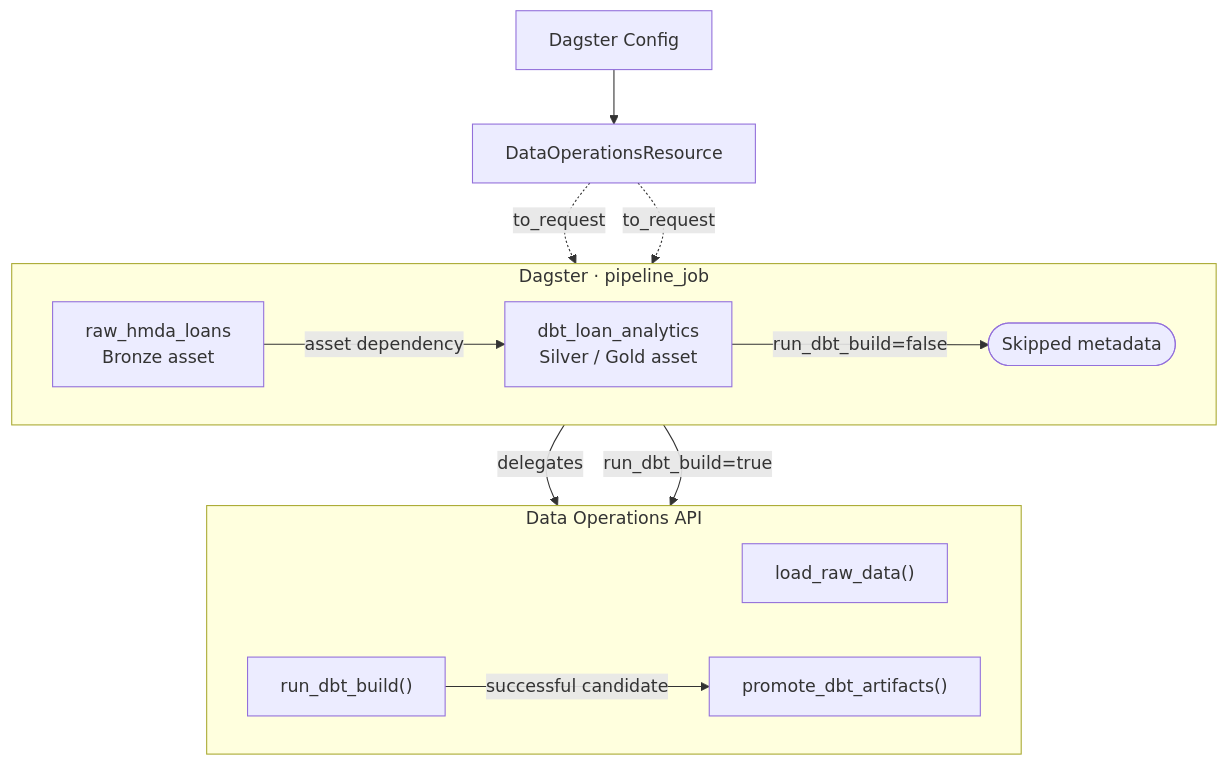
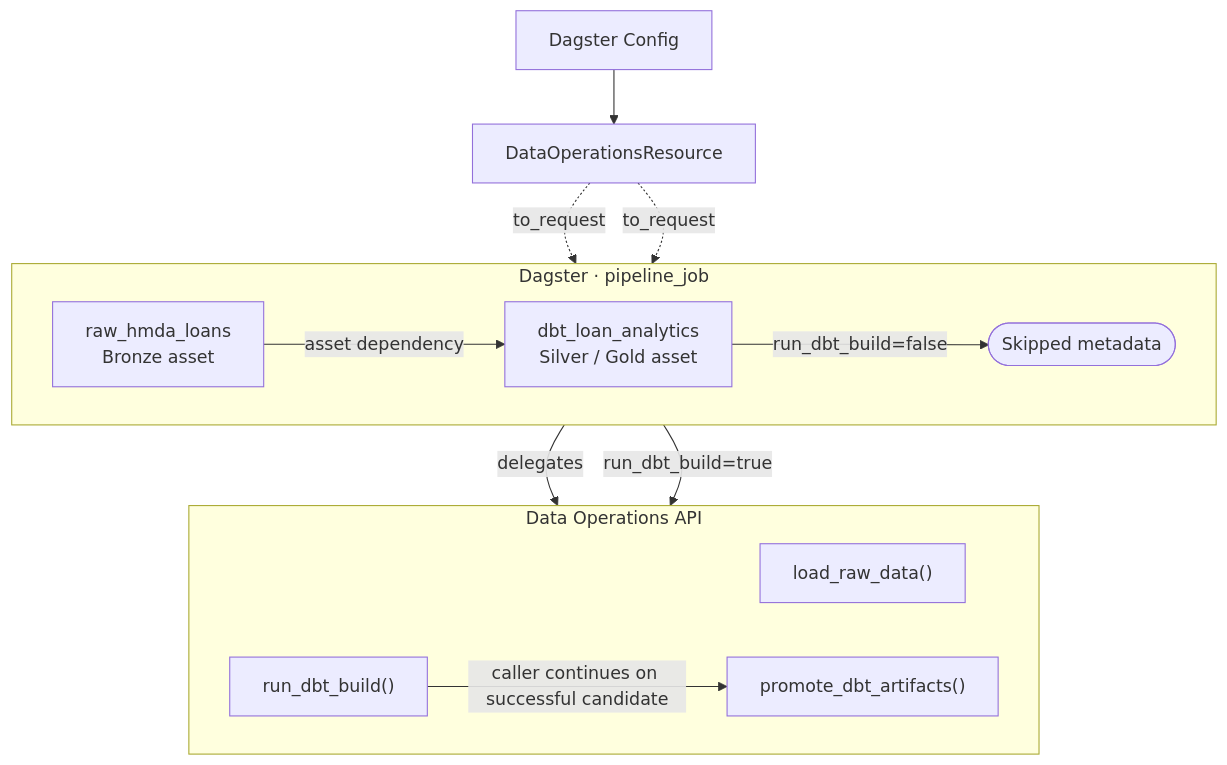
One commit to mols3131d/hmda-data-reliability changed the diagram in docs/domains/orchestration.md. Above: the diagram before and after it, drawn with Mermaid.

Commit message:
docs: preserve orchestration edge semantics

````diff
--- a/docs/domains/orchestration.md
+++ b/docs/domains/orchestration.md
@@ -23,21 +23,21 @@
 ```mermaid
 flowchart TB
     config["Dagster Config"] --> resource["DataOperationsResource"]
 
     subgraph dagster ["Dagster · pipeline_job"]
         direction LR
         raw["raw_hmda_loans<br/>Bronze asset"] -->|asset dependency| dbt["dbt_loan_analytics<br/>Silver / Gold asset"]
         dbt -->|run_dbt_build=false| skipped(["Skipped metadata"])
     end
 
     subgraph application ["Data Operations API"]
         direction LR
         load["load_raw_data()"]
-        build["run_dbt_build()"] -->|successful candidate| promote["promote_dbt_artifacts()"]
+        build["run_dbt_build()"] -->|caller continues on successful candidate| promote["promote_dbt_artifacts()"]
     end
 
     resource -.->|to_request| raw
     resource -.->|to_request| dbt
     raw -->|delegates| load
     dbt -->|run_dbt_build=true| build
 ```
````
